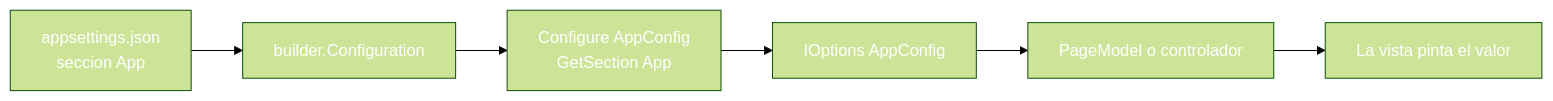
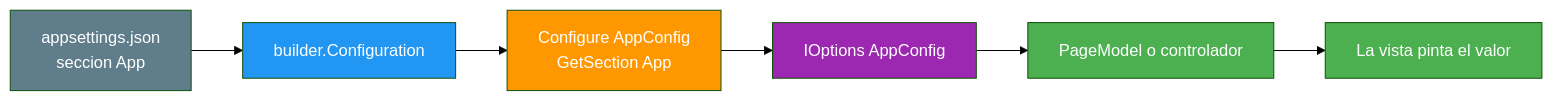
The second of 7 diagrams in 20-configuracion-entornos.md (joseluisgs/DesarrolloWebEntornosServidor-03-2026-2027), drawn with Mermaid (forest theme) before and after one commit. The commit also changed other lines of this file and 25 other files, not shown here.

Commit message:
docs: corregir los estilos Mermaid de los temas y alinear el dominio del tema 25 con ProductosApp

````diff
--- a/20-configuracion-entornos.md
+++ b/20-configuracion-entornos.md
@@ -176,14 +176,14 @@
 ```mermaid
 graph LR
     J["appsettings.json<br/>seccion App"] --> IC["builder.Configuration"]
     IC --> CF["Configure AppConfig<br/>GetSection App"]
     CF --> IO["IOptions AppConfig"]
     IO --> P["PageModel o controlador"]
     P --> V["La vista pinta el valor"]
-    style J fill:#607D8,color:#fffB,color:#fff
-    style IC fill:#2196F,color:#fff3,color:#fff
-    style CF fill:#FF980,color:#fff0,color:#fff
-    style IO fill:#9C27B,color:#fff0,color:#fff
-    style P fill:#4CAF5,color:#fff0,color:#fff
-    style V fill:#4CAF5,color:#fff0,color:#fff
+    style J fill:#607D8B,color:#fff
+    style IC fill:#2196F3,color:#fff
+    style CF fill:#FF9800,color:#fff
+    style IO fill:#9C27B0,color:#fff
+    style P fill:#4CAF50,color:#fff
+    style V fill:#4CAF50,color:#fff
 ```
````
